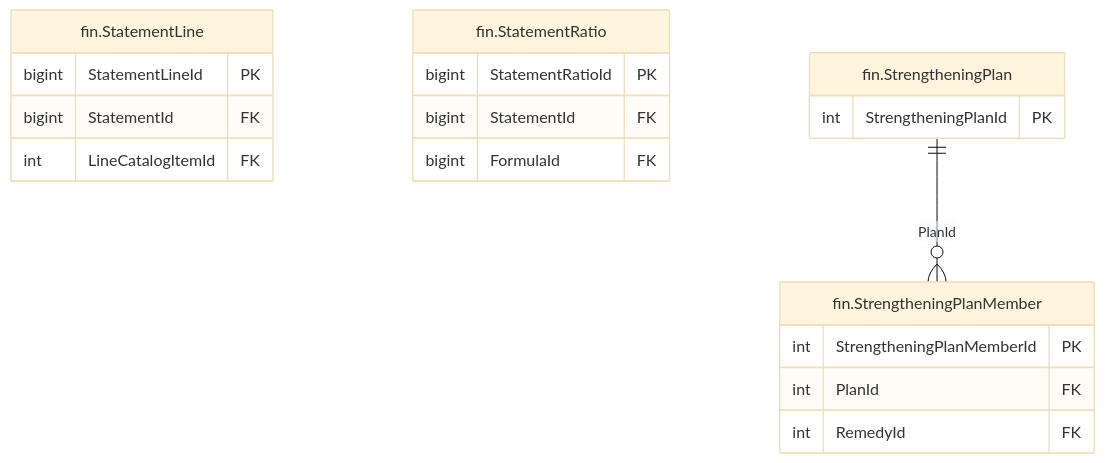
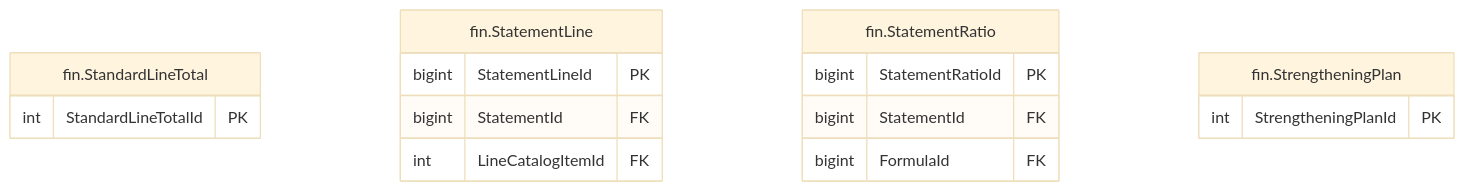
The diagram in treasury-platform/docs/diagrams/erd/m5_financials_14.mmd (thawrasy/smartlines), drawn with Mermaid (base theme) before and after one commit. The commit also changed 188 other files, not shown here.

```diff
--- a/treasury-platform/docs/diagrams/erd/m5_financials_14.mmd
+++ b/treasury-platform/docs/diagrams/erd/m5_financials_14.mmd
@@ -1,21 +1,18 @@
-%% م5 · البيانات المالية والأرصدة (14/14) — Financial statements & balances
+%% م5 · البيانات المالية والأرصدة (14/15) — Financial statements & balances
 erDiagram
+  fin_StandardLineTotal["fin.StandardLineTotal"] {
+    int StandardLineTotalId PK
+  }
   fin_StatementLine["fin.StatementLine"] {
     bigint StatementLineId PK
     bigint StatementId FK
     int LineCatalogItemId FK
   }
   fin_StatementRatio["fin.StatementRatio"] {
     bigint StatementRatioId PK
     bigint StatementId FK
     bigint FormulaId FK
   }
   fin_StrengtheningPlan["fin.StrengtheningPlan"] {
     int StrengtheningPlanId PK
   }
-  fin_StrengtheningPlanMember["fin.StrengtheningPlanMember"] {
-    int StrengtheningPlanMemberId PK
-    int PlanId FK
-    int RemedyId FK
-  }
-  fin_StrengtheningPlan ||--o{ fin_StrengtheningPlanMember : "PlanId"
```
